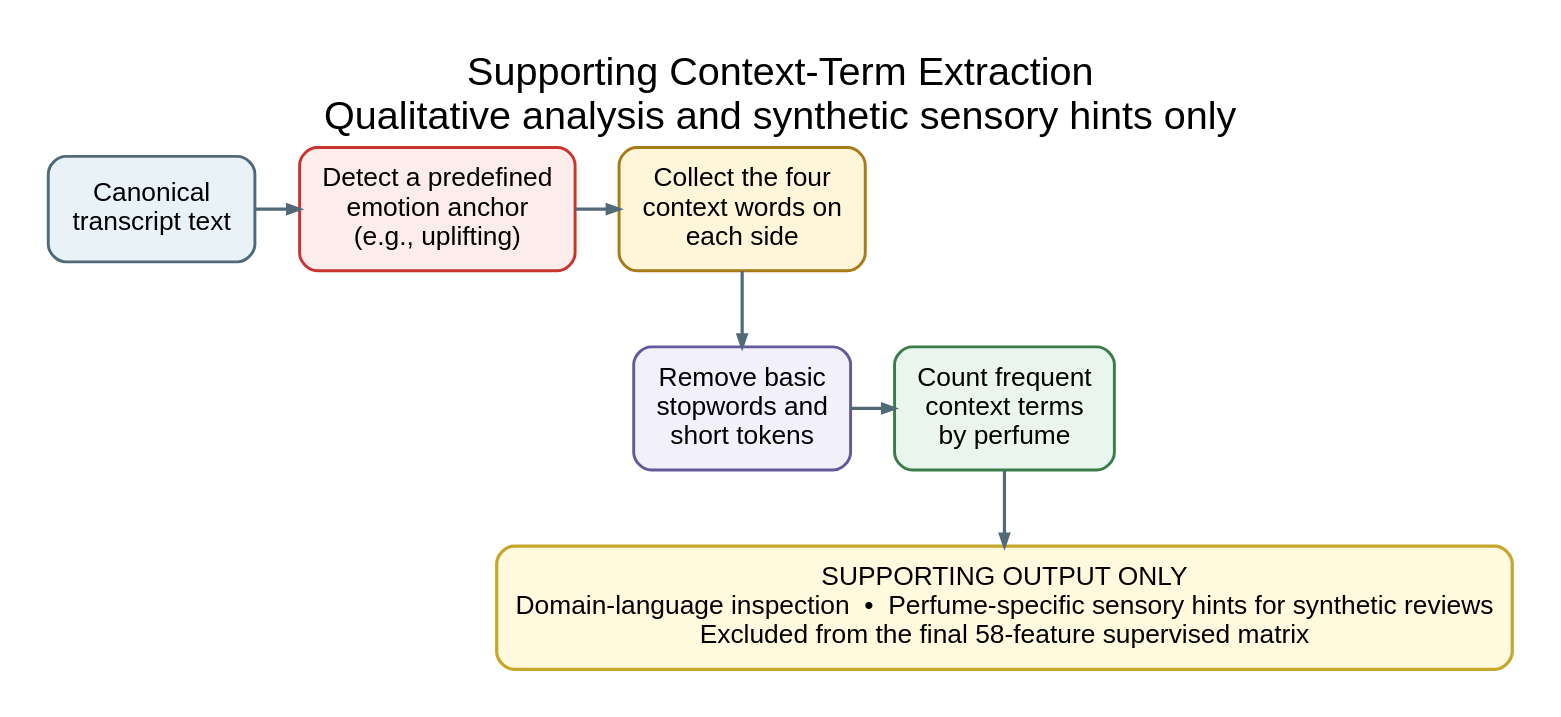
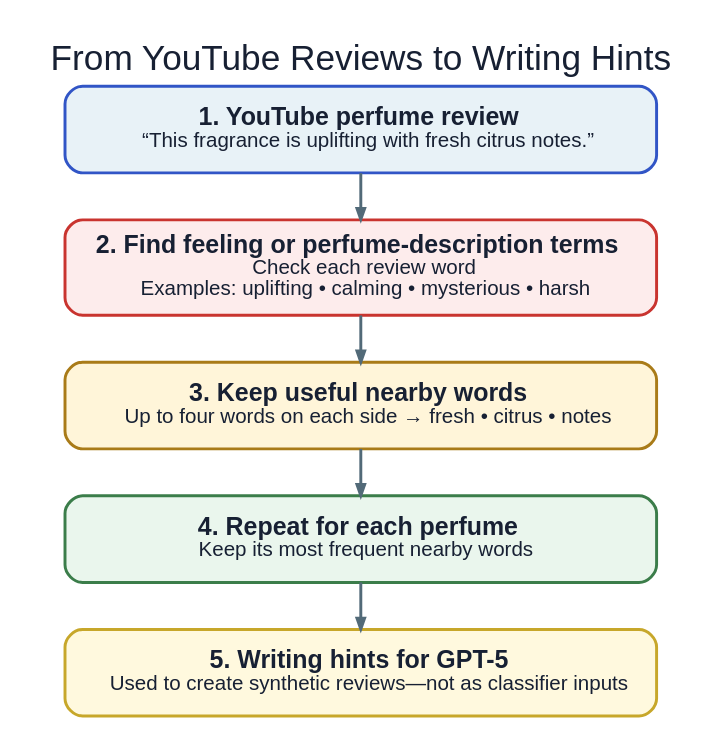
Before and after one commit to ececanga/Sentiment-Analysis-for-Perfume-Reviews: the diagram in docs/thesis/mermaid diagrams/graphviz/figure_3_2_contextual_scent_terms.dot, drawn with Graphviz. The commit also changed 170 other files, not shown here.

```diff
--- a/docs/thesis/mermaid diagrams/graphviz/figure_3_2_contextual_scent_terms.dot
+++ b/docs/thesis/mermaid diagrams/graphviz/figure_3_2_contextual_scent_terms.dot
@@ -1,57 +1,61 @@
 digraph ContextTerms {
   graph [
     rankdir=TB,
     bgcolor="white",
-    pad="0.35",
-    nodesep="0.42",
-    ranksep="0.72",
+    pad="0.24",
+    nodesep="0.30",
+    ranksep="0.44",
     splines=ortho,
     fontname="Arial",
-    fontsize=27,
+    fontsize=24,
+    fontcolor="#172033",
     labelloc="t",
-    label="Supporting Context-Term Extraction\nQualitative analysis and synthetic sensory hints only"
+    label="From YouTube Reviews to Writing Hints"
   ];
 
   node [
     shape=box,
     style="rounded,filled",
     fontname="Arial",
-    fontsize=18,
-    color="#526A78",
+    fontsize=17,
+    fontcolor="#172033",
     penwidth=2.0,
-    fillcolor="#F4F8FA",
-    margin="0.22,0.16",
-    width=1.9,
-    height=1.0
+    margin="0.20,0.14",
+    width=5.6,
+    height=0.82
   ];
 
-  edge [
-    color="#526A78",
-    penwidth=2.2,
-    arrowsize=0.8
+  edge [color="#526A78", penwidth=2.0, arrowsize=0.75];
+
+  review [
+    label=<<B>1. YouTube perfume review</B><BR/><FONT POINT-SIZE="14">“This fragrance is uplifting with fresh citrus notes.”</FONT>>,
+    fillcolor="#E8F2F7",
+    color="#3155C6"
   ];
 
-  transcript [label="Canonical\ntranscript text", fillcolor="#E8F2F7"];
-  anchor [label="Detect a predefined\nemotion anchor\n(e.g., uplifting)", fillcolor="#FDECEC", color="#C9342F"];
-  window [label="Collect the four\ncontext words on\neach side", fillcolor="#FFF5D9", color="#A97B18"];
-  filter [label="Remove basic\nstopwords and\nshort tokens", fillcolor="#F2F0FA", color="#66589A"];
-  aggregate [label="Count frequent\ncontext terms\nby perfume", fillcolor="#EAF6ED", color="#3B7D4A"];
-
-  { rank=same; transcript; anchor; window; }
-  { rank=same; filter; aggregate; }
-  transcript -> anchor -> window;
-  window -> filter;
-  filter -> aggregate;
-
-  support [
-    label="SUPPORTING OUTPUT ONLY\nDomain-language inspection  •  Perfume-specific sensory hints for synthetic reviews\nExcluded from the final 58-feature supervised matrix",
-    width=7.2,
-    height=1.0,
-    fontsize=18,
-    fillcolor="#FFF9DE",
-    color="#C7A72A",
-    penwidth=2.2
+  match [
+    label=<<B>2. Find feeling or perfume-description terms</B><BR/><FONT POINT-SIZE="14">Check each review word<BR/>Examples: uplifting • calming • mysterious • harsh</FONT>>,
+    fillcolor="#FDECEC",
+    color="#C9342F"
   ];
 
-  aggregate -> support;
+  nearby [
+    label=<<B>3. Keep useful nearby words</B><BR/><FONT POINT-SIZE="14">Up to four words on each side → fresh • citrus • notes</FONT>>,
+    fillcolor="#FFF5D9",
+    color="#A97B18"
+  ];
+
+  repeat [
+    label=<<B>4. Repeat for each perfume</B><BR/><FONT POINT-SIZE="14">Keep its most frequent nearby words</FONT>>,
+    fillcolor="#EAF6ED",
+    color="#3B7D4A"
+  ];
+
+  use [
+    label=<<B>5. Writing hints for GPT-5</B><BR/><FONT POINT-SIZE="14">Used to create synthetic reviews—not as classifier inputs</FONT>>,
+    fillcolor="#FFF9DE",
+    color="#C7A72A"
+  ];
+
+  review -> match -> nearby -> repeat -> use;
 }
```
